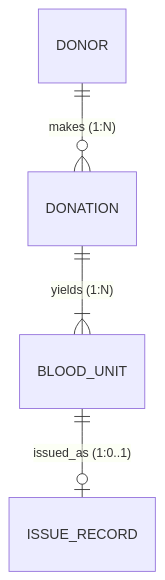
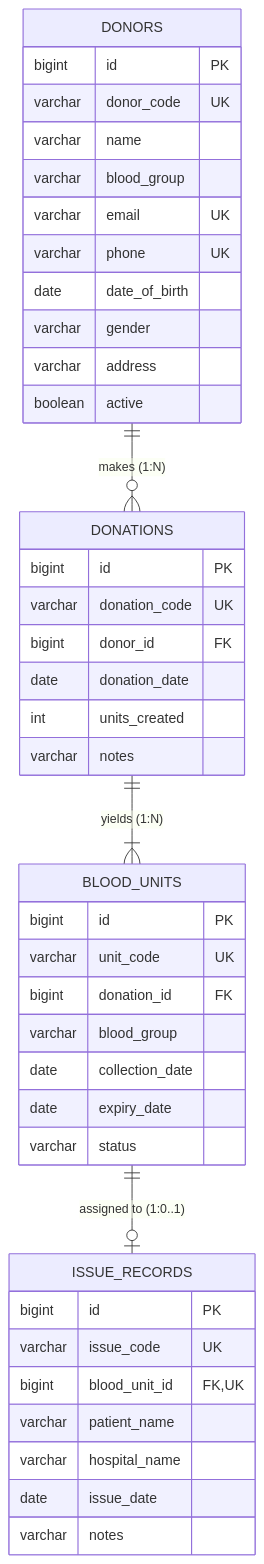
Before and after one commit to jagetheswaren/bloodbank: the diagram in README.md, drawn with Mermaid. The commit also changed other lines of this file and 51 other files, not shown here.

````diff
--- a/README.md
+++ b/README.md
@@ -170,6 +91,48 @@
 ```mermaid
 erDiagram
-    DONOR ||--o{ DONATION : "makes (1:N)"
-    DONATION ||--|{ BLOOD_UNIT : "yields (1:N)"
-    BLOOD_UNIT ||--o| ISSUE_RECORD : "issued_as (1:0..1)"
+    DONORS ||--o{ DONATIONS : "makes (1:N)"
+    DONATIONS ||--|{ BLOOD_UNITS : "yields (1:N)"
+    BLOOD_UNITS ||--o| ISSUE_RECORDS : "assigned to (1:0..1)"
+
+    DONORS {
+        bigint id PK
+        varchar donor_code UK
+        varchar name
+        varchar blood_group
+        varchar email UK
+        varchar phone UK
+        date date_of_birth
+        varchar gender
+        varchar address
+        boolean active
+    }
+
+    DONATIONS {
+        bigint id PK
+        varchar donation_code UK
+        bigint donor_id FK
+        date donation_date
+        int units_created
+        varchar notes
+    }
+
+    BLOOD_UNITS {
+        bigint id PK
+        varchar unit_code UK
+        bigint donation_id FK
+        varchar blood_group
+        date collection_date
+        date expiry_date
+        varchar status
+    }
+
+    ISSUE_RECORDS {
+        bigint id PK
+        varchar issue_code UK
+        bigint blood_unit_id FK,UK
+        varchar patient_name
+        varchar hospital_name
+        date issue_date
+        varchar notes
+    }
 ```
````
